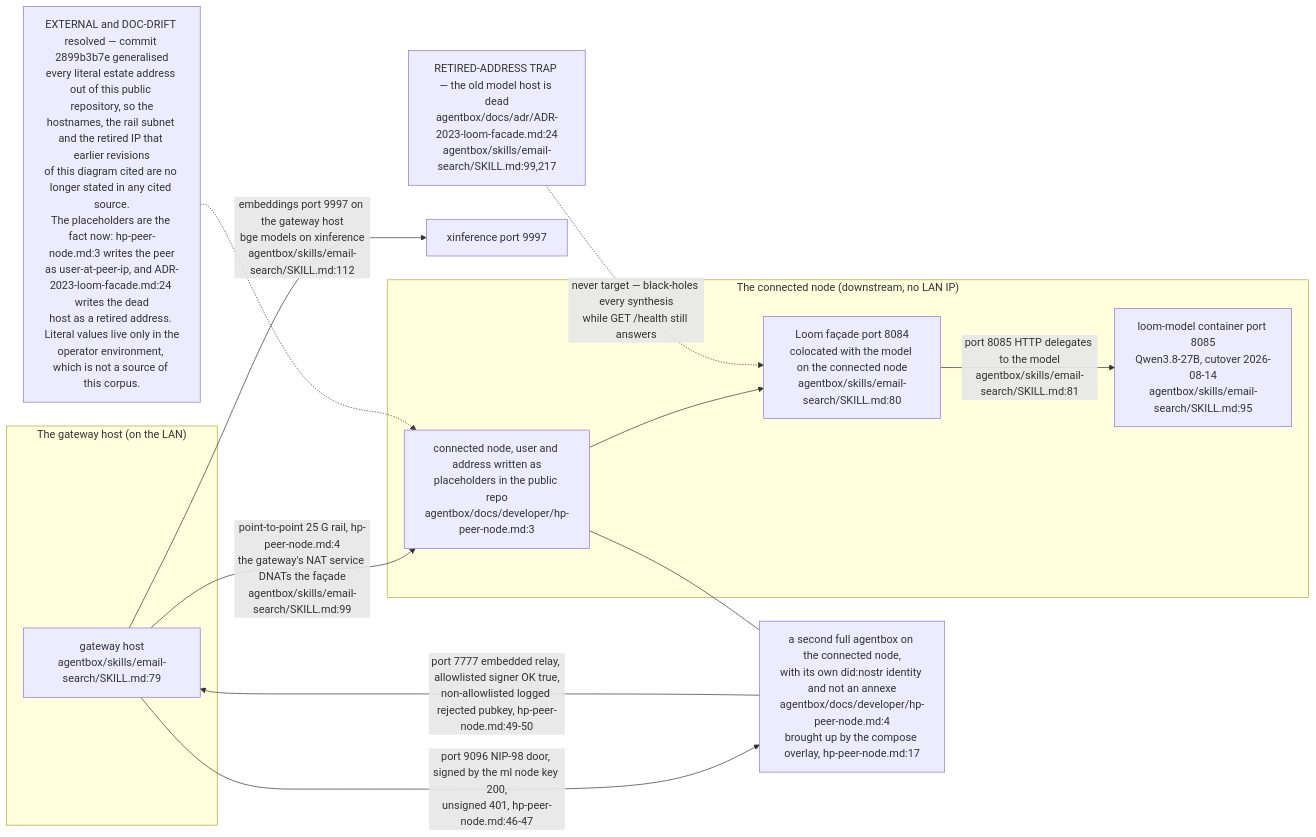
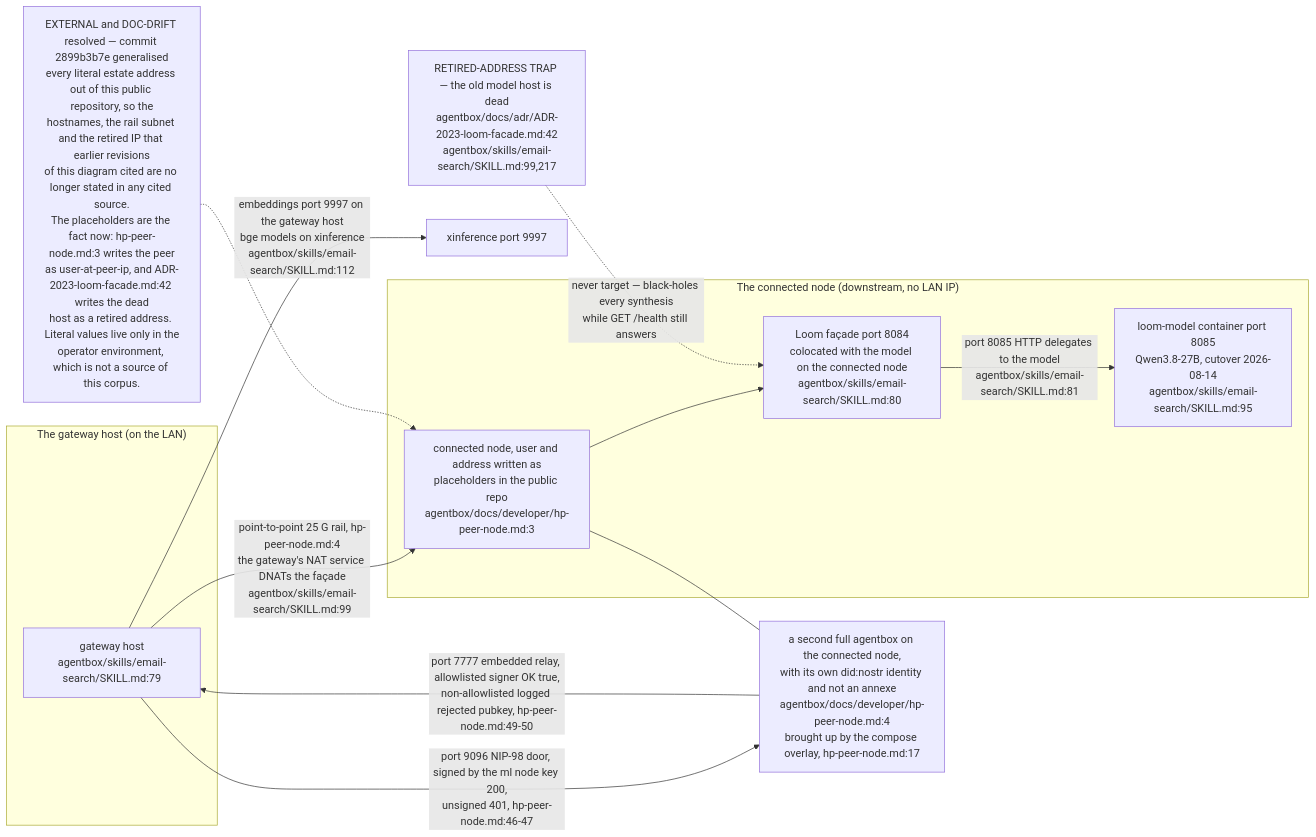
Before and after one commit to DreamLab-AI/VisionFlow: the second of 8 diagrams in docs/diagrams/estate/01-estate-topology.md, drawn with Mermaid. The commit also changed other lines of this file and 94 other files, not shown here.

First line of the commit message:
docs(diagrams): re-verify 130 topics against 2 October HEADs

````diff
--- a/docs/diagrams/estate/01-estate-topology.md
+++ b/docs/diagrams/estate/01-estate-topology.md
@@ -93,26 +93,26 @@
 ```mermaid
 flowchart LR
     subgraph ML["The gateway host (on the LAN)"]
         MLHOST["gateway host<br/>agentbox/skills/email-search/SKILL.md:79"]
     end
     subgraph HP["The connected node (downstream, no LAN IP)"]
         HPHOST["connected node, user and address written as<br/>placeholders in the public repo<br/>agentbox/docs/developer/hp-peer-node.md:3"]
         LOOMFACADE["Loom façade port 8084<br/>colocated with the model on the connected node<br/>agentbox/skills/email-search/SKILL.md:80"]
         LOOMMODEL["loom-model container port 8085<br/>Qwen3.8-27B, cutover 2026-08-14<br/>agentbox/skills/email-search/SKILL.md:95"]
     end
     MLHOST -->|"point-to-point 25 G rail, hp-peer-node.md:4<br/>the gateway's NAT service DNATs the façade<br/>agentbox/skills/email-search/SKILL.md:99"| HPHOST
     HPHOST --> LOOMFACADE
     LOOMFACADE -->|"port 8085 HTTP delegates to the model<br/>agentbox/skills/email-search/SKILL.md:81"| LOOMMODEL
     MLHOST -->|"embeddings port 9997 on the gateway host<br/>bge models on xinference<br/>agentbox/skills/email-search/SKILL.md:112"| XINF["xinference port 9997"]
 
-    DEAD["RETIRED-ADDRESS TRAP — the old model host is dead<br/>agentbox/docs/adr/ADR-2023-loom-facade.md:24<br/>agentbox/skills/email-search/SKILL.md:99,217"]
+    DEAD["RETIRED-ADDRESS TRAP — the old model host is dead<br/>agentbox/docs/adr/ADR-2023-loom-facade.md:42<br/>agentbox/skills/email-search/SKILL.md:99,217"]
     DEAD -.->|"never target — black-holes every synthesis<br/>while GET /health still answers"| LOOMFACADE
 
     MESHNODE["a second full agentbox on the connected node,<br/>with its own did:nostr identity and not an annexe<br/>agentbox/docs/developer/hp-peer-node.md:4<br/>brought up by the compose overlay, hp-peer-node.md:17"]
     HPHOST --- MESHNODE
     MLHOST -->|"port 9096 NIP-98 door, signed by the ml node key 200,<br/>unsigned 401, hp-peer-node.md:46-47"| MESHNODE
     MESHNODE -->|"port 7777 embedded relay, allowlisted signer OK true,<br/>non-allowlisted logged rejected pubkey, hp-peer-node.md:49-50"| MLHOST
 
-    GEN["EXTERNAL and DOC-DRIFT resolved — commit 2899b3b7e generalised<br/>every literal estate address out of this public repository, so the<br/>hostnames, the rail subnet and the retired IP that earlier revisions<br/>of this diagram cited are no longer stated in any cited source.<br/>The placeholders are the fact now: hp-peer-node.md:3 writes the peer<br/>as user-at-peer-ip, and ADR-2023-loom-facade.md:24 writes the dead<br/>host as a retired address. Literal values live only in the<br/>operator environment, which is not a source of this corpus."]
+    GEN["EXTERNAL and DOC-DRIFT resolved — commit 2899b3b7e generalised<br/>every literal estate address out of this public repository, so the<br/>hostnames, the rail subnet and the retired IP that earlier revisions<br/>of this diagram cited are no longer stated in any cited source.<br/>The placeholders are the fact now: hp-peer-node.md:3 writes the peer<br/>as user-at-peer-ip, and ADR-2023-loom-facade.md:42 writes the dead<br/>host as a retired address. Literal values live only in the<br/>operator environment, which is not a source of this corpus."]
     GEN -.-> HPHOST
 ```
````
